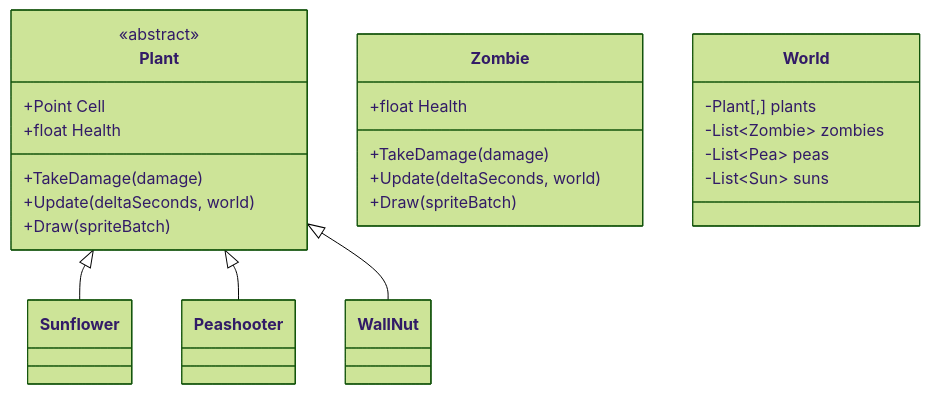
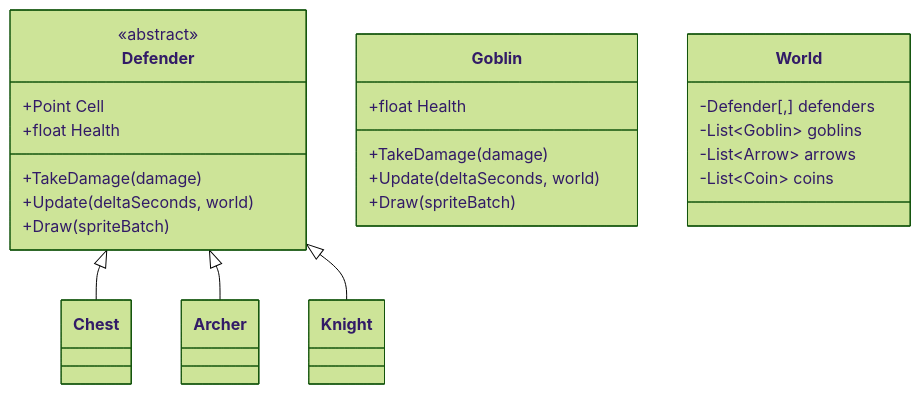
One commit to Metamate/gar changed the first of 2 diagrams in src/content/docs/sessions/09-plants-vs-zombies.md. Above: the diagram before and after it, drawn with Mermaid (forest theme). The commit also changed other lines of this file and 8 other files, not shown here.

First line of the commit message:
Plants vs. Zombies: the page, deck and recording follow the castle and its goblins

````diff
--- a/src/content/docs/sessions/09-plants-vs-zombies.md
+++ b/src/content/docs/sessions/09-plants-vs-zombies.md
@@ -87,26 +88,26 @@
 ```mermaid
 classDiagram
-    class Plant {
+    class Defender {
         <<abstract>>
         +Point Cell
         +float Health
         +TakeDamage(damage)
         +Update(deltaSeconds, world)
         +Draw(spriteBatch)
     }
-    class Zombie {
+    class Goblin {
         +float Health
         +TakeDamage(damage)
         +Update(deltaSeconds, world)
         +Draw(spriteBatch)
     }
-    Plant <|-- Sunflower
-    Plant <|-- Peashooter
-    Plant <|-- WallNut
+    Defender <|-- Chest
+    Defender <|-- Archer
+    Defender <|-- Knight
     class World {
-        -Plant[,] plants
-        -List~Zombie~ zombies
-        -List~Pea~ peas
-        -List~Sun~ suns
+        -Defender[,] defenders
+        -List~Goblin~ goblins
+        -List~Arrow~ arrows
+        -List~Coin~ coins
     }
 ```
````
